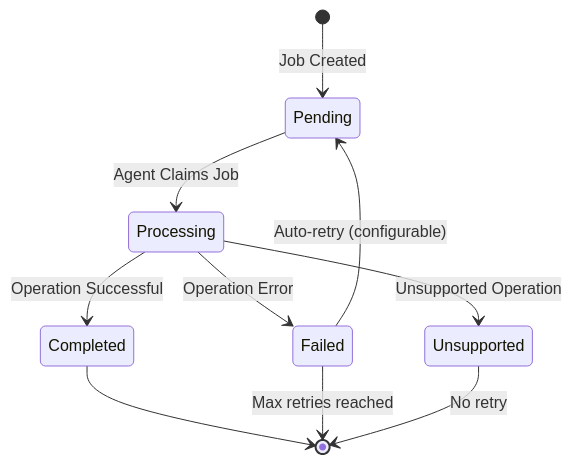
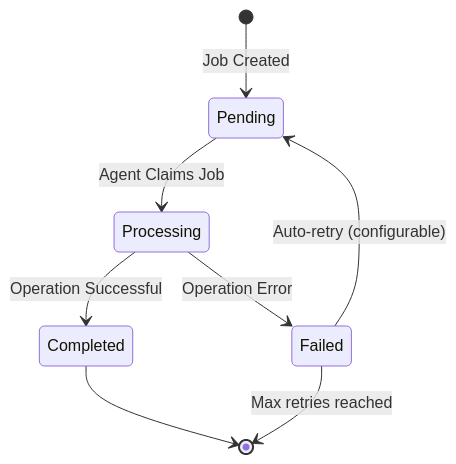
The sixth of 9 diagrams in docs/DESIGN.md (fulcrumproject/core), drawn with Mermaid before and after one commit. The commit also changed other lines of this file and 2 other files, not shown here.

First line of the commit message:
docs: update SERVICE_TYPE_SCHEMA.md and DESIGN.md for lifecycle schema

````diff
--- a/docs/DESIGN.md
+++ b/docs/DESIGN.md
@@ -533,12 +553,10 @@
 ```mermaid
 stateDiagram-v2
     [*] --> Pending: Job Created
     Pending --> Processing: Agent Claims Job
     Processing --> Completed: Operation Successful
     Processing --> Failed: Operation Error
-    Processing --> Unsupported: Unsupported Operation
     Completed --> [*]
     Failed --> Pending: Auto-retry (configurable)
     Failed --> [*]: Max retries reached
-    Unsupported --> [*]: No retry
 ```
````
